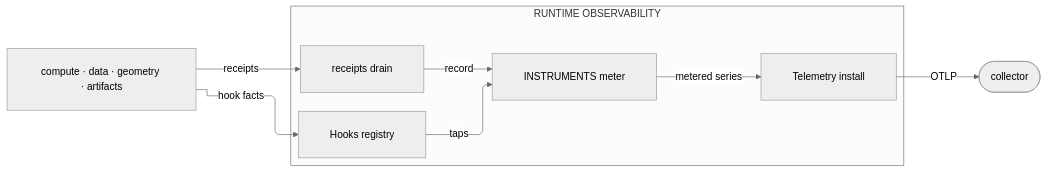
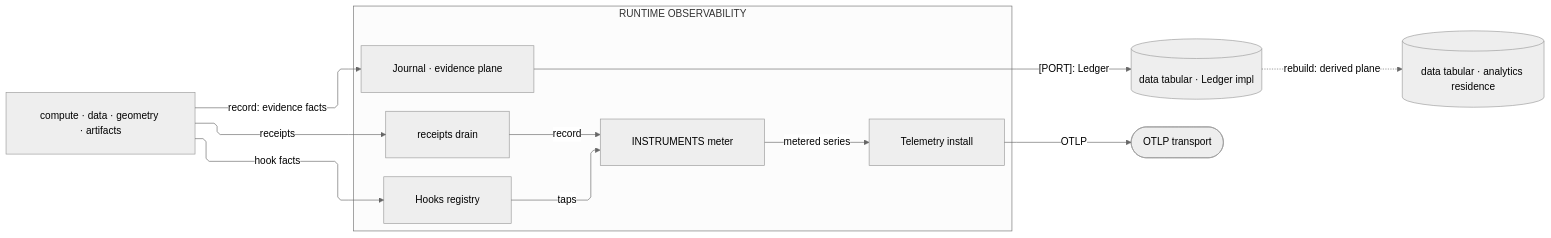
The fourth of 4 diagrams in libs/python/.planning/ARCHITECTURE.md (bsamiee/Rasm), drawn with Mermaid (neutral theme) before and after one commit. The commit also changed other lines of this file and 249 other files, not shown here.

````diff
--- a/libs/python/.planning/ARCHITECTURE.md
+++ b/libs/python/.planning/ARCHITECTURE.md
@@ -146,26 +140,32 @@
 ```mermaid
 ---
 config:
   layout: elk
   flowchart:
     curve: linear
     padding: 25
 ---
 flowchart LR
     accTitle: Python branch observability spine
-    accDescr: Siblings fire hook facts and fold receipts into runtime observability; one instrument table meters, telemetry alone egresses.
+    accDescr: Siblings fire hook facts, fold receipts, and record evidence facts into runtime observability; one instrument table meters the derived series, telemetry alone egresses on the opaque OTLP transport, and the journal lands evidence through a Ledger port data implements and the S4 root binds, its analytics residences rebuilding off that stream.
     Siblings[compute · data · geometry · artifacts]
     subgraph runtime[RUNTIME OBSERVABILITY]
         Hooks[Hooks registry]
         Drain[receipts drain]
         Instruments[INSTRUMENTS meter]
+        Journal[Journal · evidence plane]
         Telemetry[Telemetry install]
     end
-    Collector([collector])
+    Ledger[(data tabular · Ledger impl)]
+    Residence[(data tabular · analytics residence)]
+    Egress([OTLP transport])
     Siblings e1@-->|"hook facts"| Hooks
     Siblings e2@-->|"receipts"| Drain
+    Siblings e7@-->|"record: evidence facts"| Journal
     Hooks e3@-->|"taps"| Instruments
     Drain e4@-->|"record"| Instruments
+    Journal e8@-->|"[PORT]: Ledger"| Ledger
+    Ledger e9@-.->|"rebuild: derived plane"| Residence
     Instruments e5@-->|"metered series"| Telemetry
-    Telemetry e6@-->|"OTLP"| Collector
+    Telemetry e6@-->|"OTLP"| Egress
 ```
````
